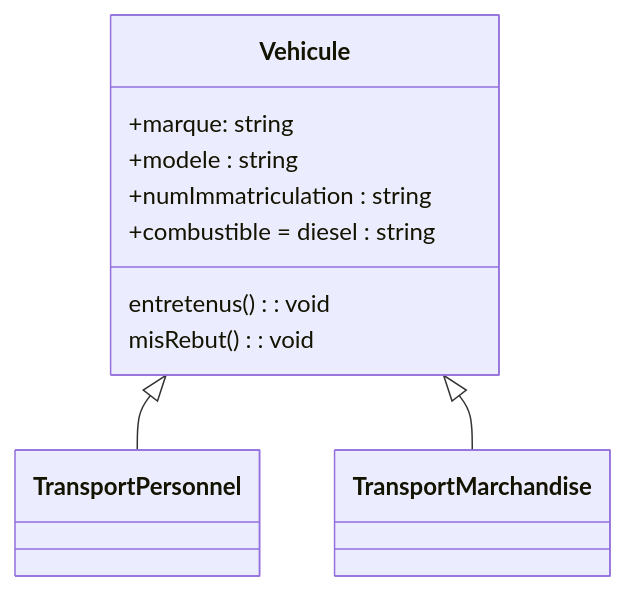
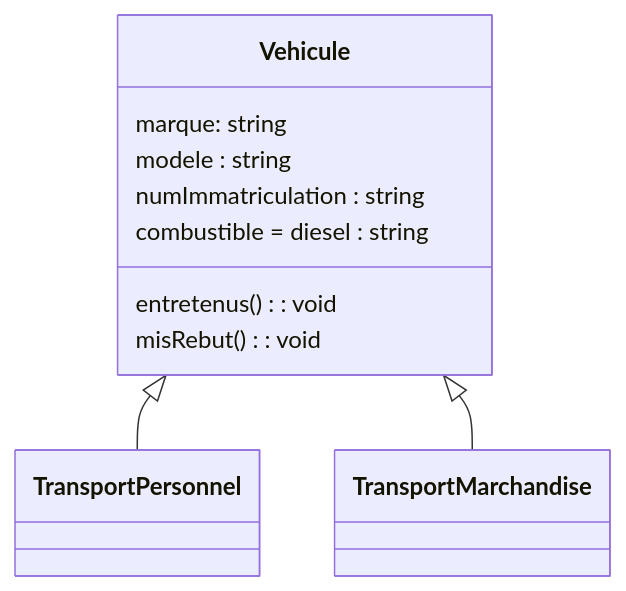
The diagram in README.md (elghallali/ProfMadkourTDs), drawn with Mermaid before and after one commit. The commit also changed other lines of this file, not shown here.

````diff
--- a/README.md
+++ b/README.md
@@ -108,13 +108,13 @@
 ```mermaid
 classDiagram
     class Vehicule{
-        +marque: string
-        +modele : string
-        +numImmatriculation : string
-        +combustible = diesel : string
+        marque: string
+        modele : string
+        numImmatriculation : string
+        combustible = diesel : string
         entretenus(): void
         misRebut(): void
     }
     Vehicule <|-- TransportPersonnel
     Vehicule <|-- TransportMarchandise
 ```
````
